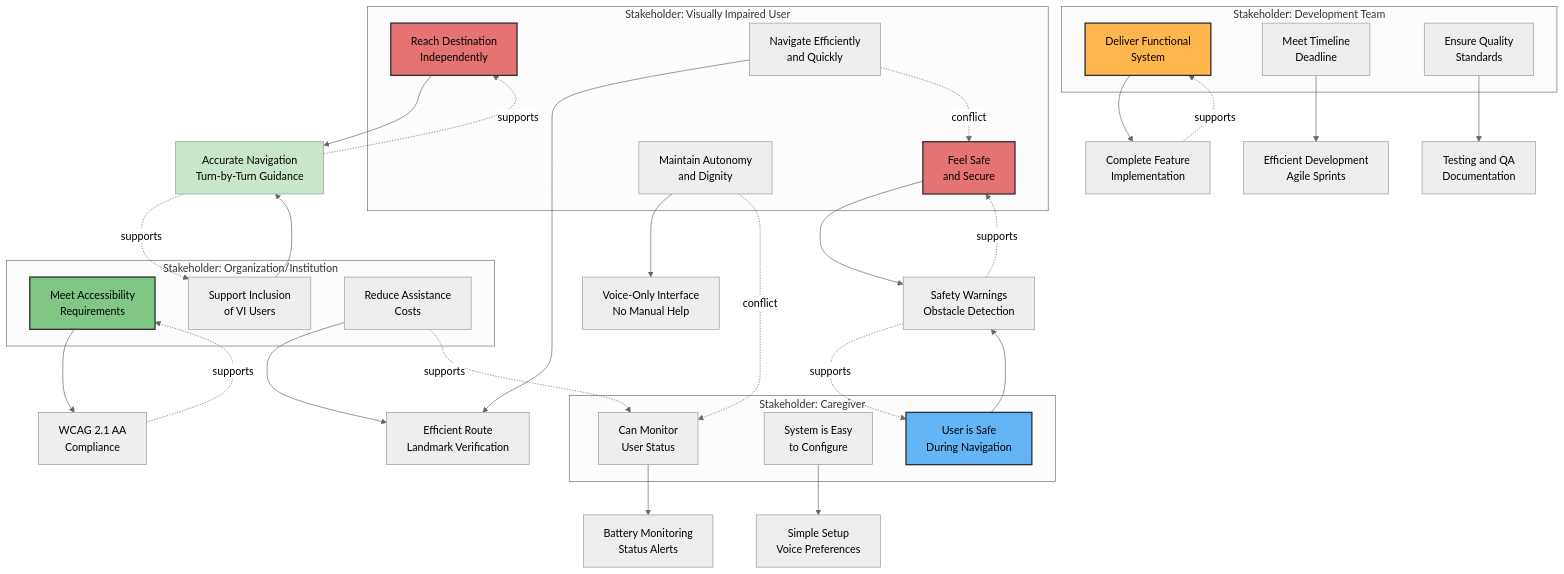
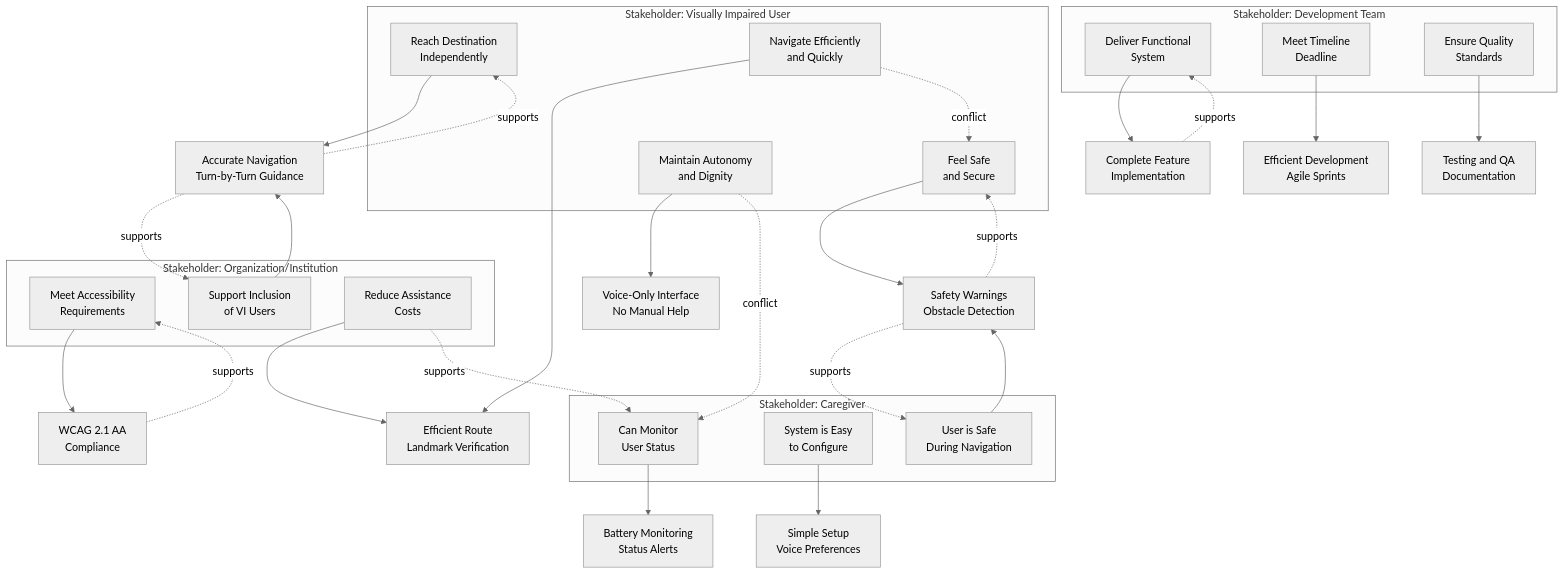
The tenth of 11 diagrams in docs/Project 2/WRS Project 2.md (phamleduy04/se4351-mobile-f25), drawn with Mermaid (neutral theme) before and after one commit. The commit also changed other lines of this file, not shown here.

````diff
--- a/docs/Project 2/WRS Project 2.md
+++ b/docs/Project 2/WRS Project 2.md
@@ -1659,65 +1611,58 @@
 ```mermaid
 graph TB
     subgraph "Stakeholder: Visually Impaired User"
         VIS_GOAL1["Reach Destination<br/>Independently"]
         VIS_GOAL2["Feel Safe<br/>and Secure"]
         VIS_GOAL3["Navigate Efficiently<br/>and Quickly"]
         VIS_GOAL4["Maintain Autonomy<br/>and Dignity"]
     end
     
     subgraph "Stakeholder: Caregiver"
         CARE_GOAL1["User is Safe<br/>During Navigation"]
         CARE_GOAL2["System is Easy<br/>to Configure"]
         CARE_GOAL3["Can Monitor<br/>User Status"]
     end
     
     subgraph "Stakeholder: Organization/Institution"
         ORG_GOAL1["Meet Accessibility<br/>Requirements"]
         ORG_GOAL2["Support Inclusion<br/>of VI Users"]
         ORG_GOAL3["Reduce Assistance<br/>Costs"]
     end
     
     subgraph "Stakeholder: Development Team"
         DEV_GOAL1["Deliver Functional<br/>System"]
         DEV_GOAL2["Meet Timeline<br/>Deadline"]
         DEV_GOAL3["Ensure Quality<br/>Standards"]
     end
     
     VIS_GOAL1 --> IMPL1["Accurate Navigation<br/>Turn-by-Turn Guidance"]
     VIS_GOAL2 --> IMPL2["Safety Warnings<br/>Obstacle Detection"]
     VIS_GOAL3 --> IMPL3["Efficient Route<br/>Landmark Verification"]
     VIS_GOAL4 --> IMPL4["Voice-Only Interface<br/>No Manual Help"]
     
     CARE_GOAL1 --> IMPL2
     CARE_GOAL2 --> IMPL5["Simple Setup<br/>Voice Preferences"]
     CARE_GOAL3 --> IMPL6["Battery Monitoring<br/>Status Alerts"]
     
     ORG_GOAL1 --> IMPL7["WCAG 2.1 AA<br/>Compliance"]
     ORG_GOAL2 --> IMPL1
     ORG_GOAL3 --> IMPL3
     
     DEV_GOAL1 --> IMPL8["Complete Feature<br/>Implementation"]
     DEV_GOAL2 --> IMPL9["Efficient Development<br/>Agile Sprints"]
     DEV_GOAL3 --> IMPL10["Testing and QA<br/>Documentation"]
     
     IMPL1 -.supports.-> VIS_GOAL1
     IMPL1 -.supports.-> ORG_GOAL2
     
     IMPL2 -.supports.-> VIS_GOAL2
     IMPL2 -.supports.-> CARE_GOAL1
     
     IMPL7 -.supports.-> ORG_GOAL1
     
     IMPL8 -.supports.-> DEV_GOAL1
     
     VIS_GOAL4 -.conflict.-> CARE_GOAL3
     VIS_GOAL3 -.conflict.-> VIS_GOAL2
     ORG_GOAL3 -.supports.-> CARE_GOAL3
-    
-    style VIS_GOAL1 fill:#E57373,stroke:#333,stroke-width:2px
-    style VIS_GOAL2 fill:#E57373,stroke:#333,stroke-width:2px
-    style CARE_GOAL1 fill:#64B5F6,stroke:#333,stroke-width:2px
-    style ORG_GOAL1 fill:#81C784,stroke:#333,stroke-width:2px
-    style DEV_GOAL1 fill:#FFB74D,stroke:#333,stroke-width:2px
-    style IMPL1 fill:#C8E6C9
 ```
````
